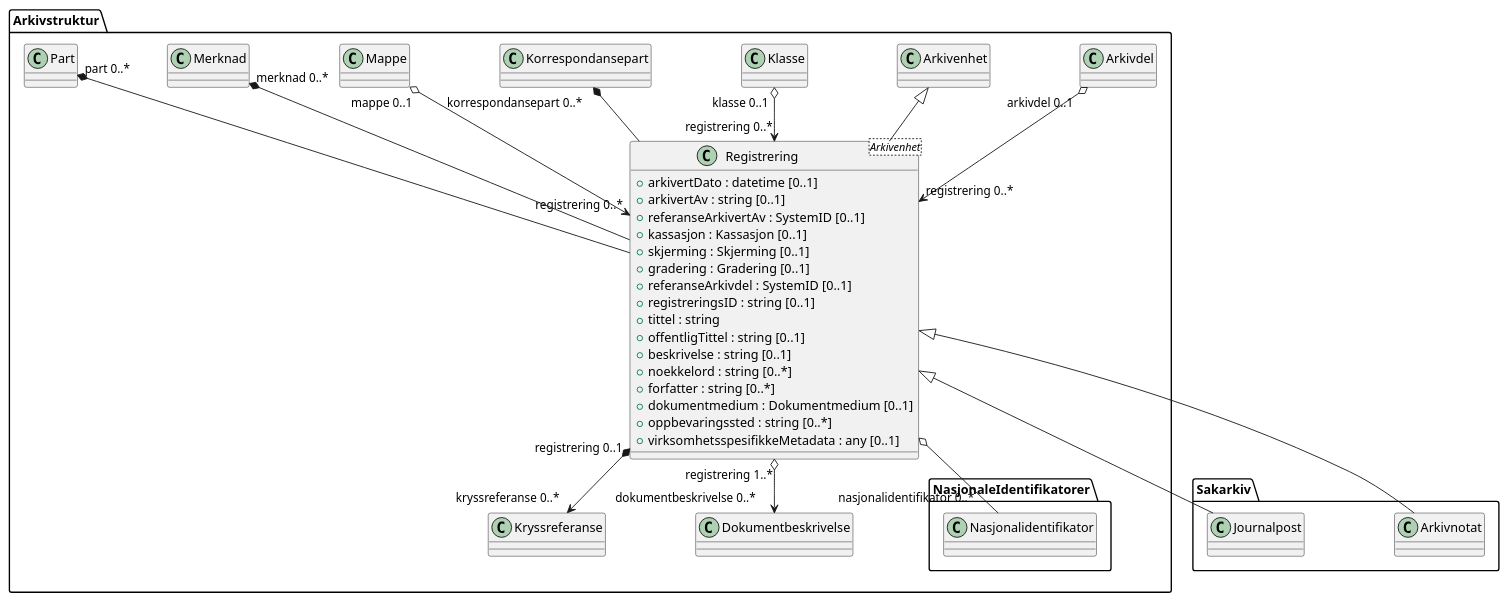
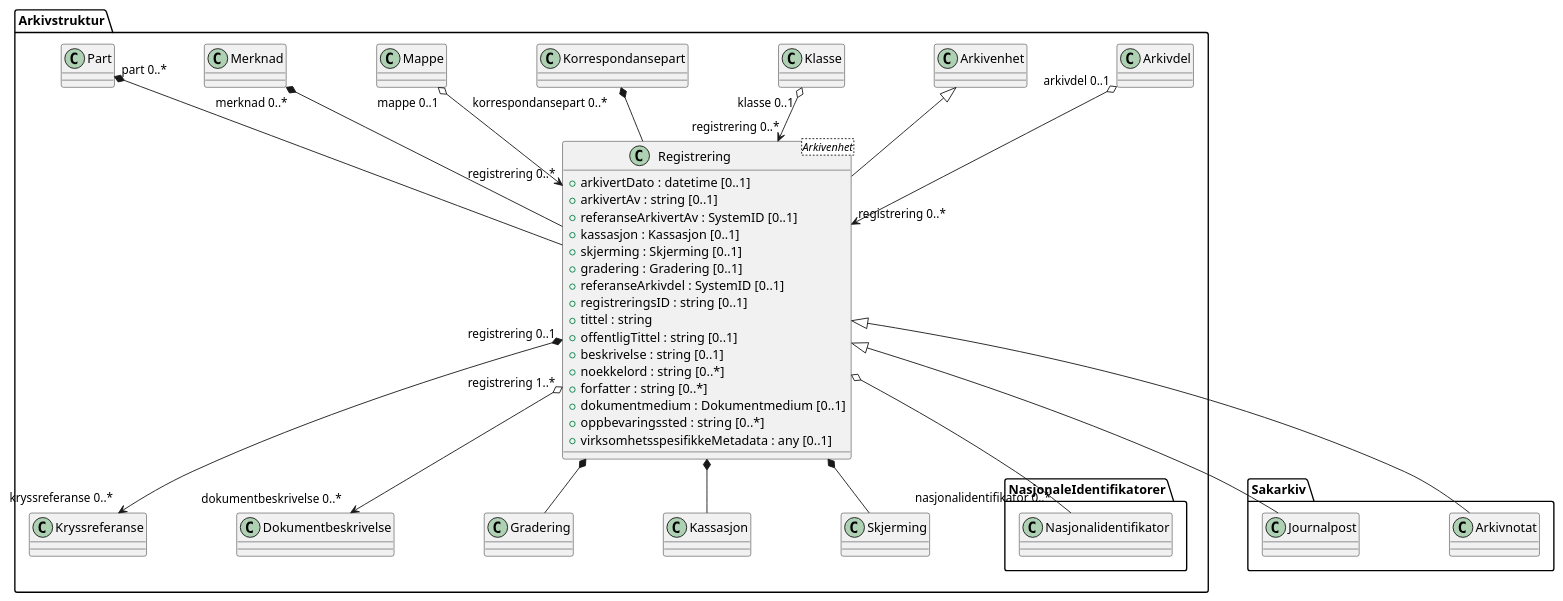
Before and after one commit to arkivverket/noark5-tjenestegrensesnitt-standard: the diagram in kapitler/media/uml-class-registrering.puml, drawn with PlantUML. The commit also changed 12 other files, not shown here.

Commit message:
Oppdater UML-diagram med relasjon til innbakte entiteter.

```diff
--- a/kapitler/media/uml-class-registrering.puml
+++ b/kapitler/media/uml-class-registrering.puml
@@ -1,33 +1,36 @@
 @startuml
 skinparam nodesep 100
 class Arkivstruktur.Registrering <Arkivenhet> {
   +arkivertDato : datetime [0..1]
   +arkivertAv : string [0..1]
   +referanseArkivertAv : SystemID [0..1]
   +kassasjon : Kassasjon [0..1]
   +skjerming : Skjerming [0..1]
   +gradering : Gradering [0..1]
   +referanseArkivdel : SystemID [0..1]
   +registreringsID : string [0..1]
   +tittel : string
   +offentligTittel : string [0..1]
   +beskrivelse : string [0..1]
   +noekkelord : string [0..*]
   +forfatter : string [0..*]
   +dokumentmedium : Dokumentmedium [0..1]
   +oppbevaringssted : string [0..*]
   +virksomhetsspesifikkeMetadata : any [0..1]
 }
 Arkivstruktur.Arkivdel "arkivdel 0..1" o--> "registrering 0..*" Arkivstruktur.Registrering
 Arkivstruktur.Arkivenhet <|-- Arkivstruktur.Registrering
 Arkivstruktur.Klasse "klasse 0..1" o--> "registrering 0..*" Arkivstruktur.Registrering
 Arkivstruktur.Korrespondansepart "korrespondansepart 0..*" *-- Arkivstruktur.Registrering
 Arkivstruktur.Mappe "mappe 0..1" o--> "registrering 0..*" Arkivstruktur.Registrering
 Arkivstruktur.Merknad "merknad 0..*" *-- Arkivstruktur.Registrering
 Arkivstruktur.Part "part 0..*" *-- Arkivstruktur.Registrering
 Arkivstruktur.Registrering "registrering 0..1" *--> "kryssreferanse 0..*" Arkivstruktur.Kryssreferanse
 Arkivstruktur.Registrering "registrering 1..*" o--> "dokumentbeskrivelse 0..*" Arkivstruktur.Dokumentbeskrivelse
+Arkivstruktur.Registrering *-- Arkivstruktur.Gradering
+Arkivstruktur.Registrering *-- Arkivstruktur.Kassasjon
+Arkivstruktur.Registrering *-- Arkivstruktur.Skjerming
 Arkivstruktur.Registrering <|-- Sakarkiv.Arkivnotat
 Arkivstruktur.Registrering <|-- Sakarkiv.Journalpost
 Arkivstruktur.Registrering o-- "nasjonalidentifikator 0..*" Arkivstruktur.NasjonaleIdentifikatorer.Nasjonalidentifikator
 @enduml
```
